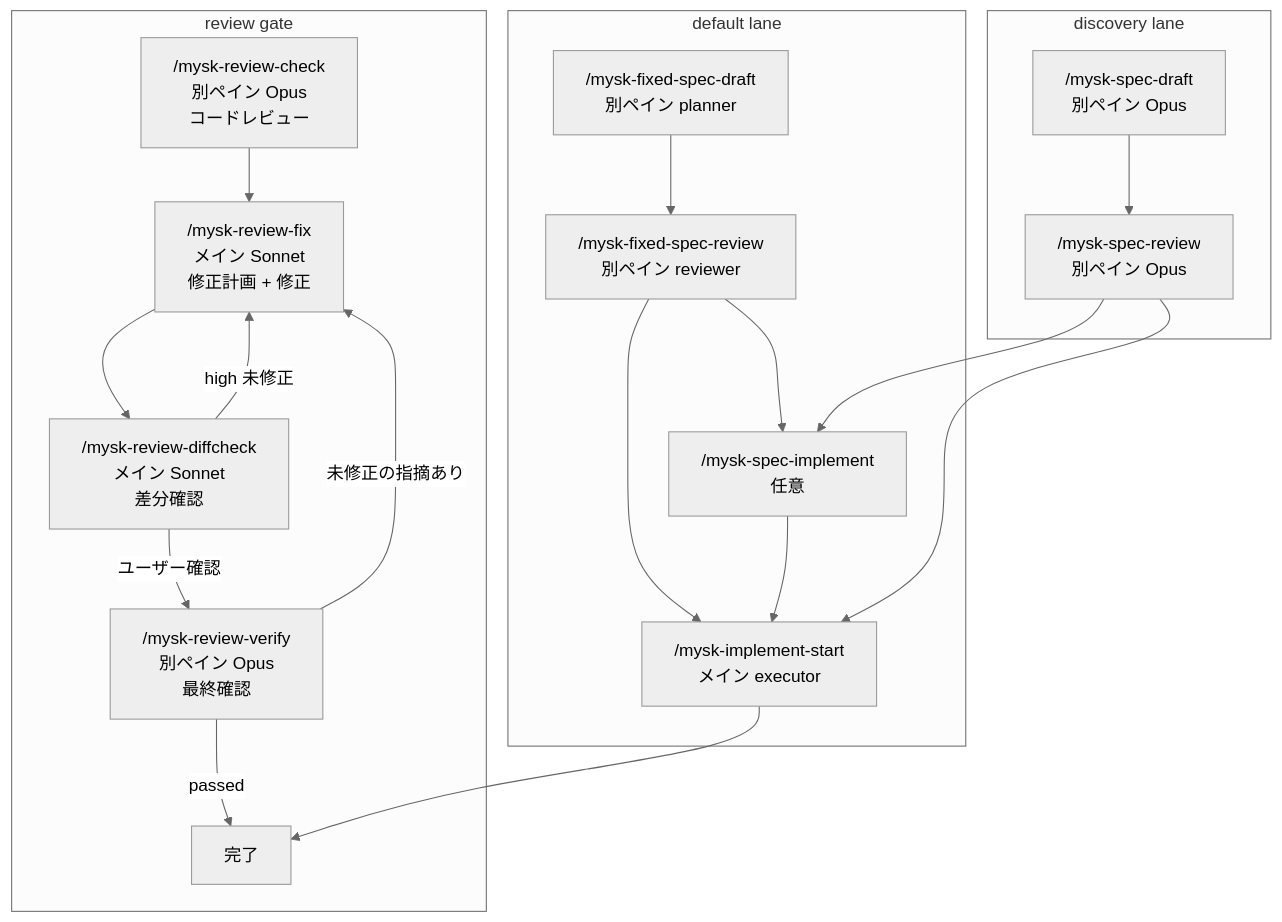
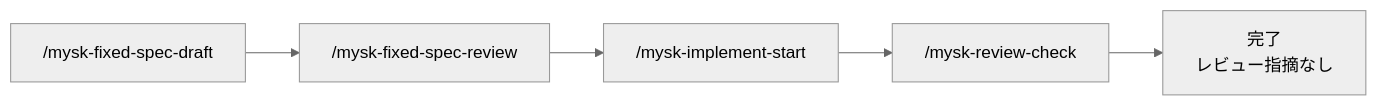
Before and after one commit to ainoobmenpg/claude-code-myskills: the first of 3 diagrams in README.md, drawn with Mermaid (neutral theme). The commit also changed other lines of this file and 1 other file, not shown here.

Commit message:
docs: simplify workflow diagrams

````diff
--- a/README.md
+++ b/README.md
@@ -224,26 +224,7 @@
 ```mermaid
-graph TD
-    subgraph lane_default["default lane"]
-        FSD["/mysk-fixed-spec-draft<br/>別ペイン planner"] --> FSR["/mysk-fixed-spec-review<br/>別ペイン reviewer"]
-        FSR --> IS["/mysk-implement-start<br/>メイン executor"]
-        FSR --> SI["/mysk-spec-implement<br/>任意"]
-        SI --> IS
-    end
-
-    subgraph lane_discovery["discovery lane"]
-        SD["/mysk-spec-draft<br/>別ペイン Opus"] --> SR["/mysk-spec-review<br/>別ペイン Opus"]
-        SR --> IS
-        SR --> SI
-    end
-
-    subgraph lane_review["review gate"]
-        RC["/mysk-review-check<br/>別ペイン Opus<br/>コードレビュー"] --> RF["/mysk-review-fix<br/>メイン Sonnet<br/>修正計画 + 修正"]
-        RF --> DC["/mysk-review-diffcheck<br/>メイン Sonnet<br/>差分確認"]
-        DC -->|high 未修正| RF
-        DC -->|ユーザー確認| RV["/mysk-review-verify<br/>別ペイン Opus<br/>最終確認"]
-        RV -->|未修正の指摘あり| RF
-        RV -->|passed| DONE["完了"]
-    end
-
-    IS --> DONE
+graph LR
+    A["/mysk-fixed-spec-draft"] --> B["/mysk-fixed-spec-review"]
+    B --> C["/mysk-implement-start"]
+    C --> D["/mysk-review-check"]
+    D --> E["完了<br/>レビュー指摘なし"]
 ```
````
